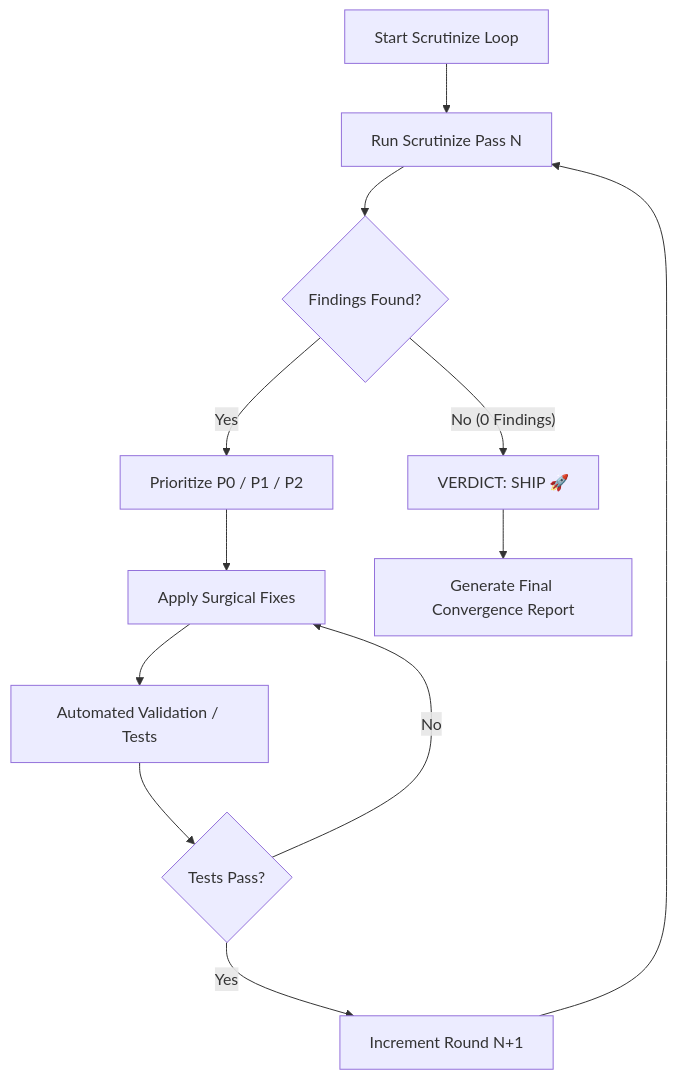
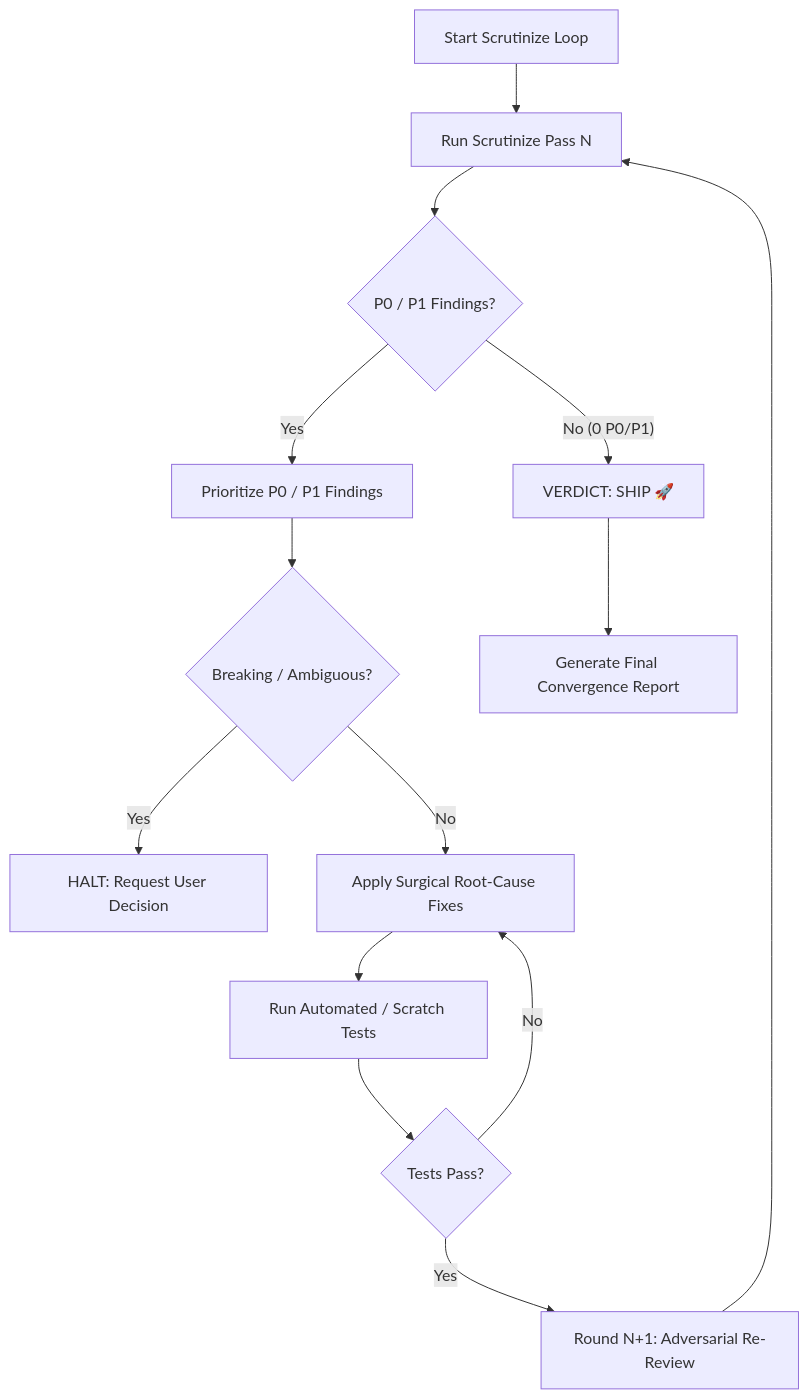
One commit to Poshzz/opencode-skills changed the diagram in scrutinize-loop/SKILL.md. Above: the diagram before and after it, drawn with Mermaid. The commit also changed other lines of this file, not shown here.

````diff
--- a/scrutinize-loop/SKILL.md
+++ b/scrutinize-loop/SKILL.md
@@ -26,14 +45,16 @@
 ```mermaid
 graph TD
     A[Start Scrutinize Loop] --> B[Run Scrutinize Pass N]
-    B --> C{Findings Found?}
-    C -- Yes --> D[Prioritize P0 / P1 / P2]
-    D --> E[Apply Surgical Fixes]
-    E --> F[Automated Validation / Tests]
-    F --> G{Tests Pass?}
-    G -- No --> E
-    G -- Yes --> H[Increment Round N+1]
-    H --> B
-    C -- No (0 Findings) --> I[VERDICT: SHIP 🚀]
-    I --> J[Generate Final Convergence Report]
+    B --> C{P0 / P1 Findings?}
+    C -- Yes --> D[Prioritize P0 / P1 Findings]
+    D --> E{Breaking / Ambiguous?}
+    E -- Yes --> F[HALT: Request User Decision]
+    E -- No --> G[Apply Surgical Root-Cause Fixes]
+    G --> H[Run Automated / Scratch Tests]
+    H --> I{Tests Pass?}
+    I -- No --> G
+    I -- Yes --> J[Round N+1: Adversarial Re-Review]
+    J --> B
+    C -- No (0 P0/P1) --> K[VERDICT: SHIP 🚀]
+    K --> L[Generate Final Convergence Report]
 ```
````
